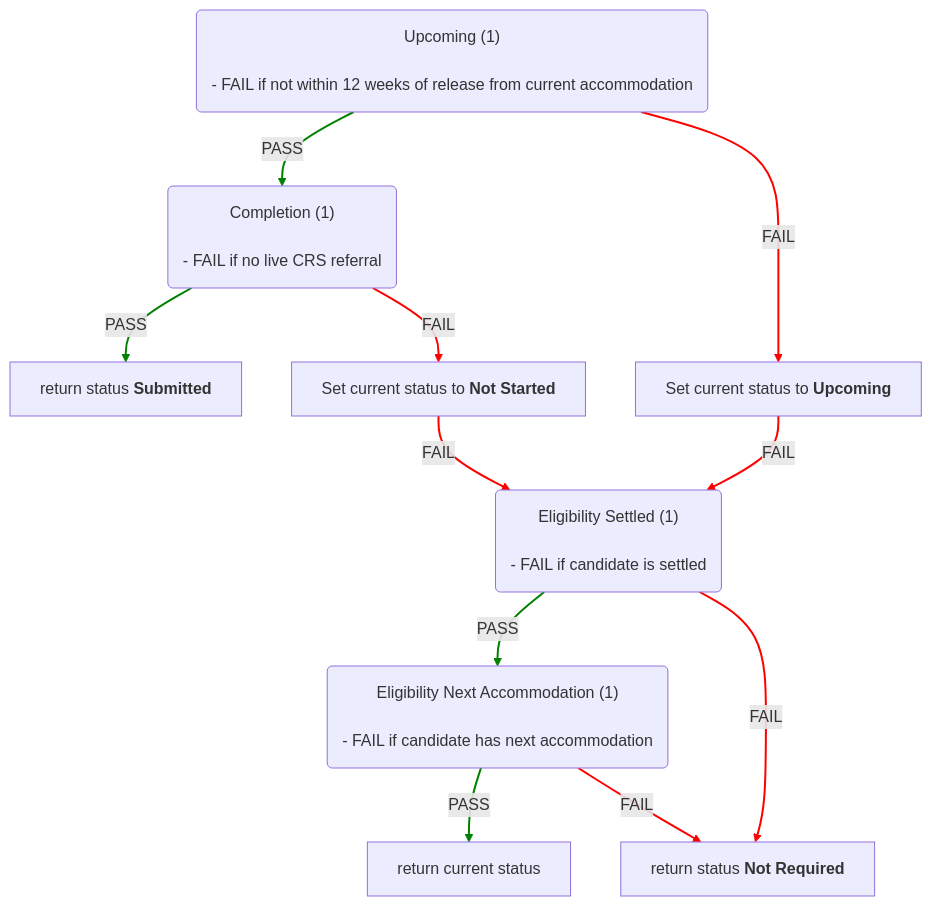
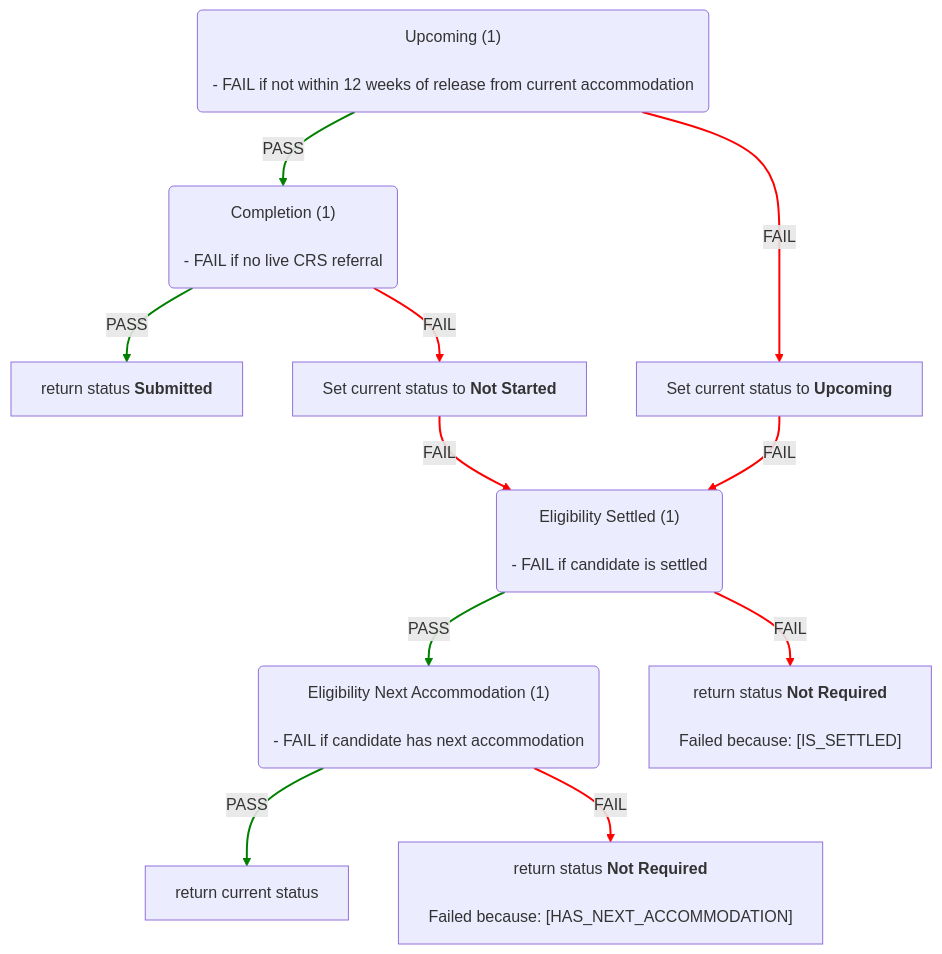
The fourth of 6 diagrams in docs/eligibility-rules-graph.md (ministryofjustice/hmpps-single-accommodation-service-api), drawn with Mermaid before and after one commit. The commit also changed other lines of this file and 49 other files, not shown here.

Commit message:
chore/SAS-1533-Add-failure-reasons-to-static-graph

````diff
--- a/docs/eligibility-rules-graph.md
+++ b/docs/eligibility-rules-graph.md
@@ -445,33 +491,38 @@
 ```mermaid
 %%{init: {"flowchart": {"wrappingWidth": 800}}}%%
 flowchart TD
   Upcoming("Upcoming (1)
 
 - FAIL if not within 12 weeks of release from current accommodation")
   Completion("Completion (1)
 
 - FAIL if no live CRS referral")
   return_status_Submitted["return status <b>Submitted</b>"]
   Set_current_status_to_Not_Started["Set current status to <b>Not Started</b>"]
   Eligibility_Settled("Eligibility Settled (1)
 
 - FAIL if candidate is settled")
   Eligibility_Next_Accommodation("Eligibility Next Accommodation (1)
 
 - FAIL if candidate has next accommodation")
   return_current_status["return current status"]
-  return_status_Not_Required["return status <b>Not Required</b>"]
+  return_status_Not_Required__Failed_because___HAS_NEXT_ACCOMMODATION_["return status <b>Not Required</b>
+
+Failed because: [HAS_NEXT_ACCOMMODATION]"]
+  return_status_Not_Required__Failed_because___IS_SETTLED_["return status <b>Not Required</b>
+
+Failed because: [IS_SETTLED]"]
   Set_current_status_to_Upcoming["Set current status to <b>Upcoming</b>"]
   Completion -->|PASS| return_status_Submitted
   Completion -->|FAIL| Set_current_status_to_Not_Started
   Eligibility_Next_Accommodation -->|PASS| return_current_status
-  Eligibility_Next_Accommodation -->|FAIL| return_status_Not_Required
+  Eligibility_Next_Accommodation -->|FAIL| return_status_Not_Required__Failed_because___HAS_NEXT_ACCOMMODATION_
   Eligibility_Settled -->|PASS| Eligibility_Next_Accommodation
-  Eligibility_Settled -->|FAIL| return_status_Not_Required
+  Eligibility_Settled -->|FAIL| return_status_Not_Required__Failed_because___IS_SETTLED_
   Set_current_status_to_Not_Started -->|FAIL| Eligibility_Settled
   Upcoming -->|PASS| Completion
   Upcoming -->|FAIL| Set_current_status_to_Upcoming
   Set_current_status_to_Upcoming -->|FAIL| Eligibility_Settled
   linkStyle 0,2,4,7 stroke:green,stroke-width:2px
   linkStyle 1,3,5,6,8,9 stroke:red,stroke-width:2px
 ```
````
